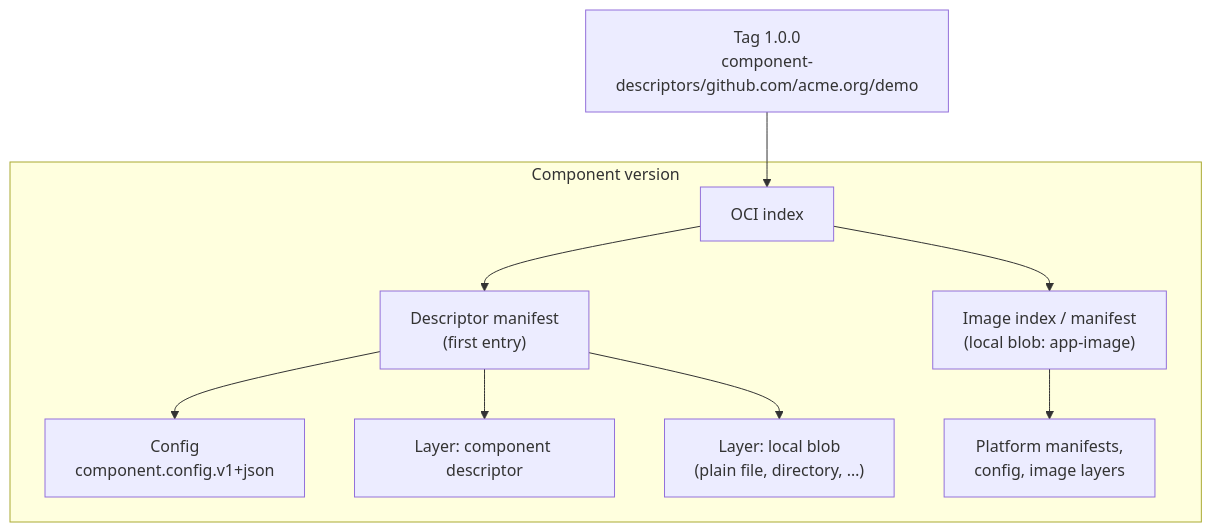
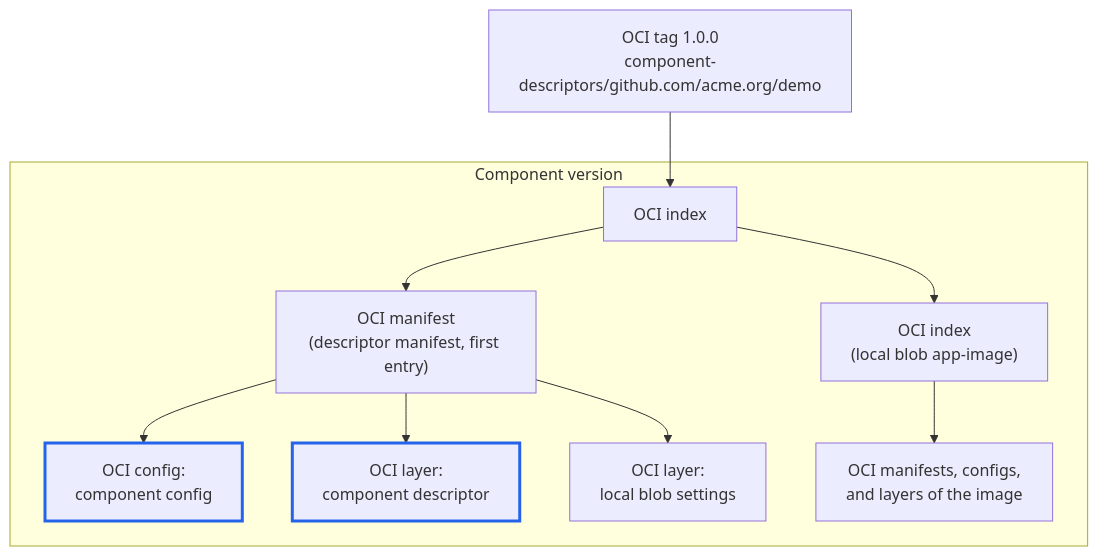
Before and after one commit to open-component-model/open-component-model: the second of 2 diagrams in website/content/docs/concepts/component-storage.md, drawn with Mermaid. The commit also changed other lines of this file, not shown here.

First line of the commit message:
docs(concepts): disambiguate OCM and OCI terms on storage page

````diff
--- a/website/content/docs/concepts/component-storage.md
+++ b/website/content/docs/concepts/component-storage.md
@@ -119,14 +148,17 @@
 ```mermaid
 flowchart TD
-    tag["Tag 1.0.0<br/>component-descriptors/github.com/acme.org/demo"] --> idx
+    tag["OCI tag 1.0.0<br/>component-descriptors/github.com/acme.org/demo"] --> idx
 
     subgraph cv["Component version"]
         idx["OCI index"]
-        idx --> dm["Descriptor manifest<br/>(first entry)"]
-        idx --> img["Image index / manifest<br/>(local blob: app-image)"]
-        dm --> cfg["Config<br/>component.config.v1+json"]
-        dm --> cd["Layer: component descriptor"]
-        dm --> lb["Layer: local blob<br/>(plain file, directory, …)"]
-        img --> imgm["Platform manifests,<br/>config, image layers"]
+        idx --> dm["OCI manifest<br/>(descriptor manifest, first entry)"]
+        idx --> img["OCI index<br/>(local blob app-image)"]
+        dm --> cfg["OCI config:<br/>component config"]
+        dm --> cd["OCI layer:<br/>component descriptor"]
+        dm --> lb["OCI layer:<br/>local blob settings"]
+        img --> imgm["OCI manifests, configs,<br/>and layers of the image"]
     end
+
+    classDef ocm stroke:#2563eb,stroke-width:3px
+    class cfg,cd ocm
 ```
````
